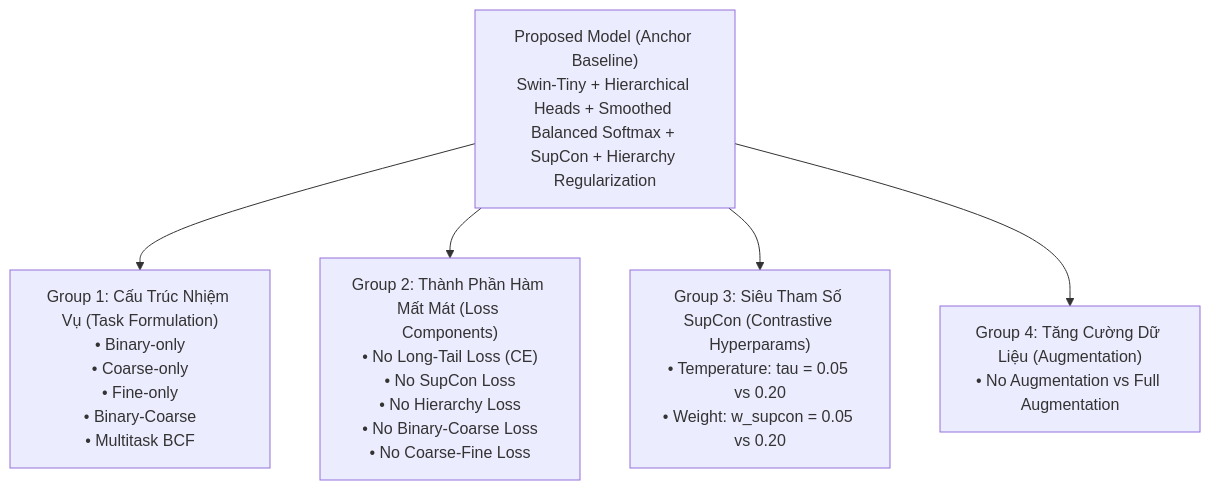
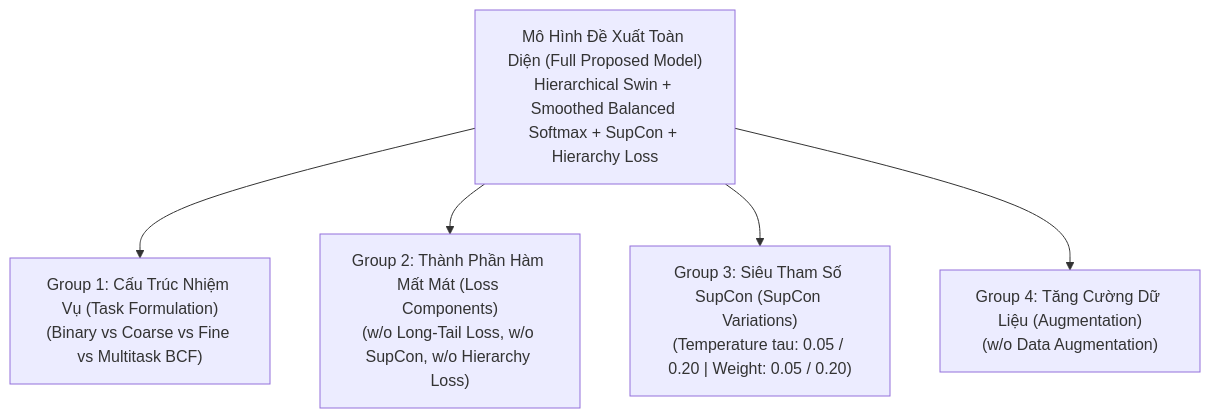
One commit to nxc1802/CystoDS changed the diagram in Docs/result/ablation_results_report.md. Above: the diagram before and after it, drawn with Mermaid. The commit also changed other lines of this file and 2 other files, not shown here.

````diff
--- a/Docs/result/ablation_results_report.md
+++ b/Docs/result/ablation_results_report.md
@@ -12,9 +14,9 @@
 ```mermaid
 graph TD
-    Proposed["Proposed Model (Anchor Baseline)<br/>Swin-Tiny + Hierarchical Heads + Smoothed Balanced Softmax + SupCon + Hierarchy Regularization"]
+    A["Mô Hình Đề Xuất Toàn Diện (Full Proposed Model)<br/>Hierarchical Swin + Smoothed Balanced Softmax + SupCon + Hierarchy Loss"]
     
-    Proposed --> G1["Group 1: Cấu Trúc Nhiệm Vụ (Task Formulation)<br/>• Binary-only<br/>• Coarse-only<br/>• Fine-only<br/>• Binary-Coarse<br/>• Multitask BCF"]
-    Proposed --> G2["Group 2: Thành Phần Hàm Mất Mát (Loss Components)<br/>• No Long-Tail Loss (CE)<br/>• No SupCon Loss<br/>• No Hierarchy Loss<br/>• No Binary-Coarse Loss<br/>• No Coarse-Fine Loss"]
-    Proposed --> G3["Group 3: Siêu Tham Số SupCon (Contrastive Hyperparams)<br/>• Temperature: tau = 0.05 vs 0.20<br/>• Weight: w_supcon = 0.05 vs 0.20"]
-    Proposed --> G4["Group 4: Tăng Cường Dữ Liệu (Augmentation)<br/>• No Augmentation vs Full Augmentation"]
+    A --> B["Group 1: Cấu Trúc Nhiệm Vụ (Task Formulation)<br/>(Binary vs Coarse vs Fine vs Multitask BCF)"]
+    A --> C["Group 2: Thành Phần Hàm Mất Mát (Loss Components)<br/>(w/o Long-Tail Loss, w/o SupCon, w/o Hierarchy Loss)"]
+    A --> D["Group 3: Siêu Tham Số SupCon (SupCon Variations)<br/>(Temperature tau: 0.05 / 0.20 | Weight: 0.05 / 0.20)"]
+    A --> E["Group 4: Tăng Cường Dữ Liệu (Augmentation)<br/>(w/o Data Augmentation)"]
 ```
````
